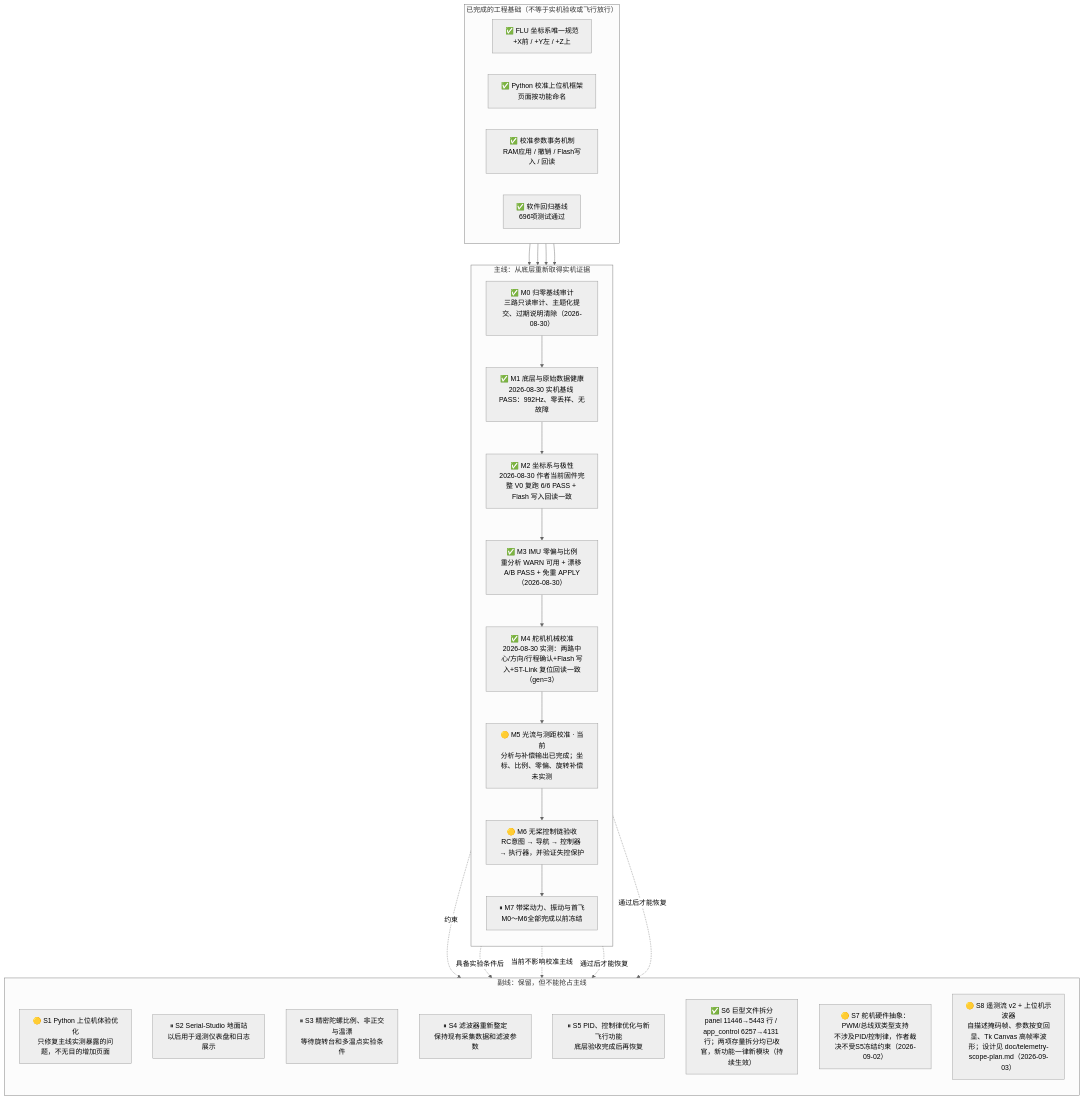
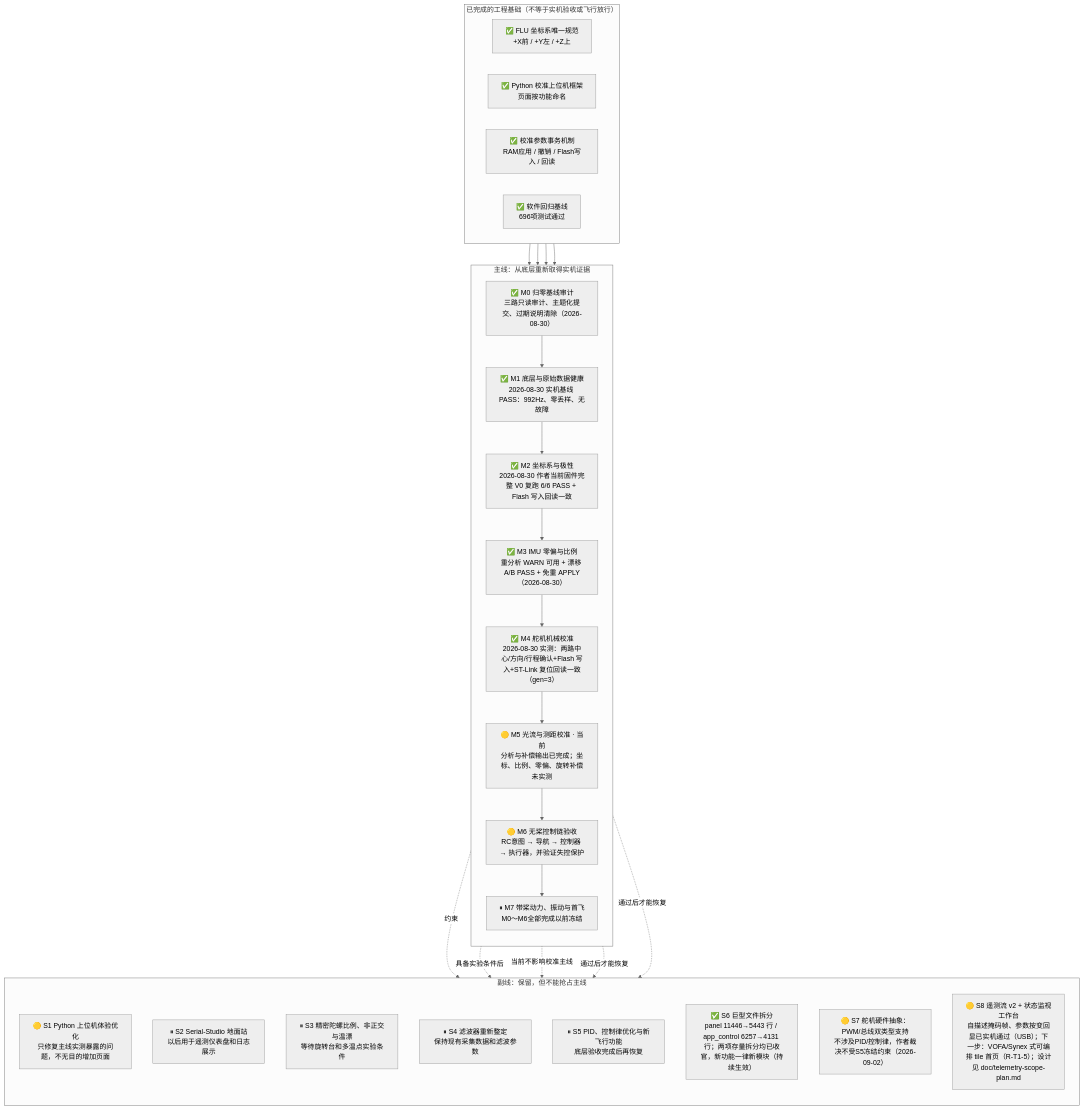
Before and after one commit to ThroneTLE/drone-H743: the diagram in PIPELINE.md, drawn with Mermaid (neutral theme). The commit also changed other lines of this file and 7 other files, not shown here.

````diff
--- a/PIPELINE.md
+++ b/PIPELINE.md
@@ -16,46 +16,46 @@
 ```mermaid
 flowchart TB
     subgraph BASE["已完成的工程基础（不等于实机验收或飞行放行）"]
         direction LR
         B1["✅ FLU 坐标系唯一规范<br/>+X前 / +Y左 / +Z上"]
         B2["✅ Python 校准上位机框架<br/>页面按功能命名"]
         B3["✅ 校准参数事务机制<br/>RAM应用 / 撤销 / Flash写入 / 回读"]
         B4["✅ 软件回归基线<br/>696项测试通过"]
     end
 
     subgraph MAIN["主线：从底层重新取得实机证据"]
         direction TB
         M0["✅ M0 归零基线审计<br/>三路只读审计、主题化提交、过期说明清除（2026-08-30）"]
         M1["✅ M1 底层与原始数据健康<br/>2026-08-30 实机基线 PASS：992Hz、零丢样、无故障"]
         M2["✅ M2 坐标系与极性<br/>2026-08-30 作者当前固件完整 V0 复跑 6/6 PASS + Flash 写入回读一致"]
         M3["✅ M3 IMU 零偏与比例<br/>重分析 WARN 可用 + 漂移 A/B PASS + 免重 APPLY（2026-08-30）"]
         M4["✅ M4 舵机机械校准<br/>2026-08-30 实测：两路中心/方向/行程确认+Flash 写入+ST-Link 复位回读一致（gen=3）"]
         M5["🟡 M5 光流与测距校准 · 当前<br/>分析与补偿输出已完成；坐标、比例、零偏、旋转补偿未实测"]
         M6["🟡 M6 无桨控制链验收<br/>RC意图 → 导航 → 控制器 → 执行器，并验证失控保护"]
         M7["⏸ M7 带桨动力、振动与首飞<br/>M0～M6全部完成以前冻结"]
         M0 --> M1 --> M2 --> M3 --> M4 --> M5 --> M6 --> M7
     end
 
     B1 --> M0
     B2 --> M0
     B3 --> M0
     B4 --> M0
 
     subgraph SIDE["副线：保留，但不能抢占主线"]
         direction TB
         S1["🟡 S1 Python 上位机体验优化<br/>只修复主线实测暴露的问题，不无目的增加页面"]
         S2["⏸ S2 Serial-Studio 地面站<br/>以后用于遥测仪表盘和日志展示"]
         S3["⏸ S3 精密陀螺比例、非正交与温漂<br/>等待旋转台和多温点实验条件"]
         S4["⏸ S4 滤波器重新整定<br/>保持现有采集数据和滤波参数"]
         S5["⏸ S5 PID、控制律优化与新飞行功能<br/>底层验收完成后再恢复"]
         S6["✅ S6 巨型文件拆分<br/>panel 11446→5443 行 / app_control 6257→4131 行；两项存量拆分均已收官，新功能一律新模块（持续生效）"]
         S7["🟡 S7 舵机硬件抽象：PWM/总线双类型支持<br/>不涉及PID/控制律，作者裁决不受S5冻结约束（2026-09-02）"]
-        S8["🟡 S8 遥测流 v2 + 上位机示波器<br/>自描述掩码帧、参数按变回显、Tk Canvas 高帧率波形；设计见 doc/telemetry-scope-plan.md（2026-09-03）"]
+        S8["🟡 S8 遥测流 v2 + 状态监视工作台<br/>自描述掩码帧、参数按变回显已实机通过（USB）；下一步：VOFA/Synex 式可编排 tile 首页（R-T1-5）；设计见 doc/telemetry-scope-plan.md"]
     end
 
     M0 -.约束.-> S1
     M1 -.具备实验条件后.-> S3
     M5 -.当前不影响校准主线.-> S2
     M6 -.通过后才能恢复.-> S4
     M6 -.通过后才能恢复.-> S5
 ```
````
